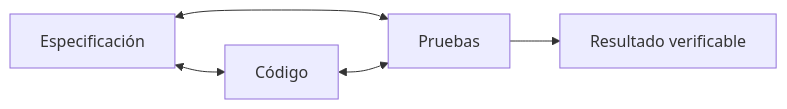
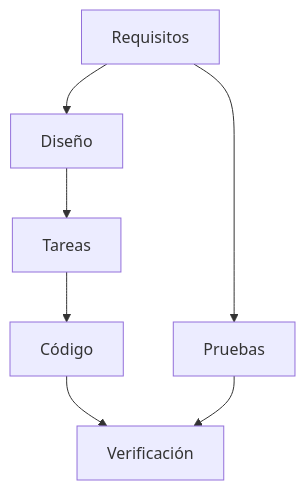
Before and after one commit to jcarrenogallego/formacion-ai: the third of 4 diagrams in sesiones/sesion-03/README.md, drawn with Mermaid. The commit also changed other lines of this file and 63 other files, not shown here.

````diff
--- a/sesiones/sesion-03/README.md
+++ b/sesiones/sesion-03/README.md
@@ -289,7 +113,9 @@
 ```mermaid
-flowchart LR
-    S[Especificación] <--> C[Código]
-    S <--> T[Pruebas]
-    C <--> T
-    T --> R[Resultado verificable]
+flowchart TD
+    R[Requisitos] --> D[Diseño]
+    D --> T[Tareas]
+    T --> C[Código]
+    R --> P[Pruebas]
+    C --> V[Verificación]
+    P --> V
 ```
````
